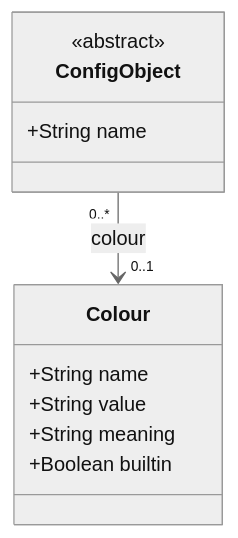
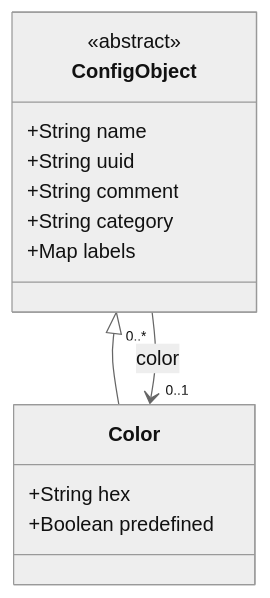
The third of 3 diagrams in domain-model.md (agos-jarvis-bot/songbird-fw), drawn with Mermaid (neutral theme) before and after one commit. The commit also changed other lines of this file and 6 other files, not shown here.

First line of the commit message:
Align domain model with the YAML schema on colors, NAT and names

````diff
--- a/domain-model.md
+++ b/domain-model.md
@@ -167,14 +162,17 @@
 ```mermaid
 classDiagram
     class ConfigObject {
         <<abstract>>
         +String name
+        +String uuid
+        +String comment
+        +String category
+        +Map labels
     }
-    class Colour {
-        +String name
-        +String value
-        +String meaning
-        +Boolean builtin
+    class Color {
+        +String hex
+        +Boolean predefined
     }
-    ConfigObject "0..*" --> "0..1" Colour : colour
+    ConfigObject <|-- Color
+    ConfigObject "0..*" --> "0..1" Color : color
 ```
````
